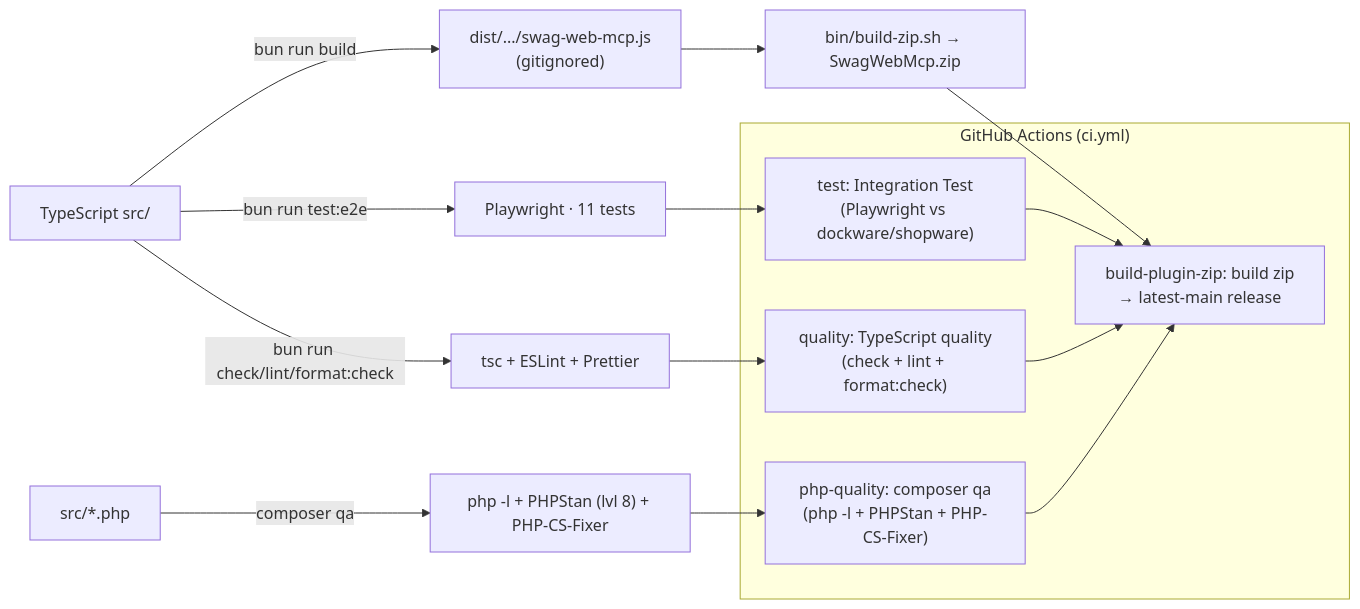
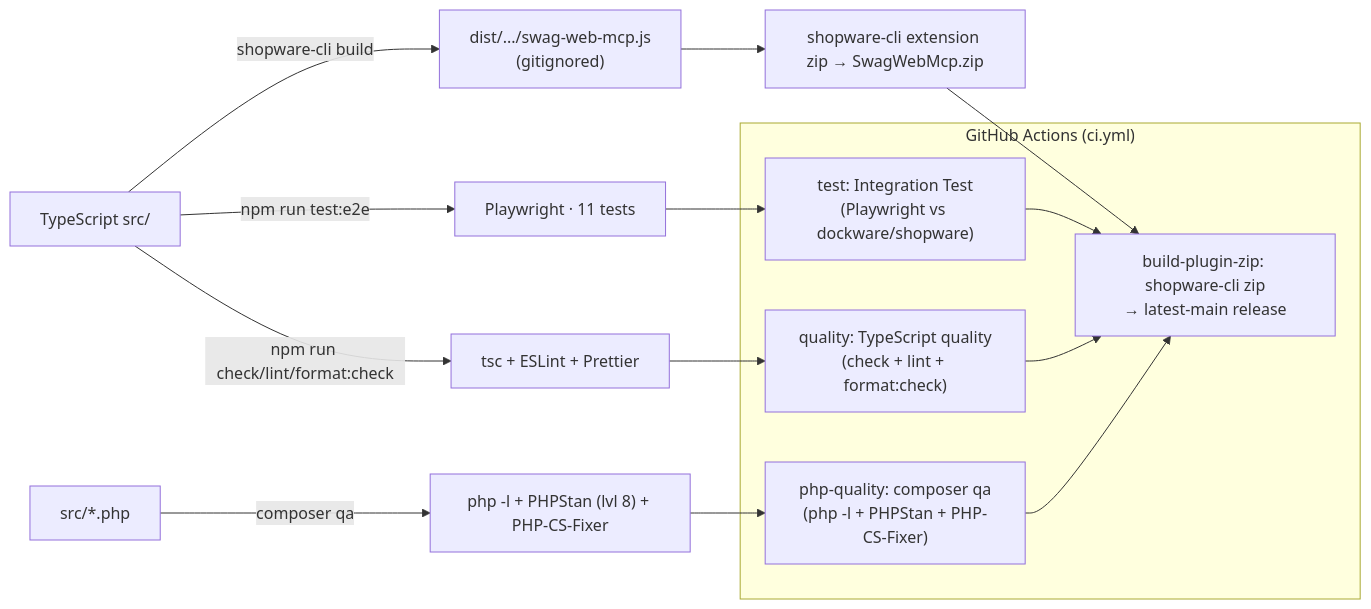
The fifth of 5 diagrams in docs/Architecture.md (agentic-commerce-lab/webmcp-plugin), drawn with Mermaid before and after one commit. The commit also changed other lines of this file and 20 other files, not shown here.

First line of the commit message:
Build & package with shopware-cli + npm; retire the Bun bundler

````diff
--- a/docs/Architecture.md
+++ b/docs/Architecture.md
@@ -261,21 +261,21 @@
 ```mermaid
 graph LR
-    Src["TypeScript src/"] -->|bun run build| Dist["dist/.../swag-web-mcp.js<br/>(gitignored)"]
-    Dist --> Zip["bin/build-zip.sh → SwagWebMcp.zip"]
-    Src -->|bun run check/lint/format:check| TSQA["tsc + ESLint + Prettier"]
-    Src -->|bun run test:e2e| E2E["Playwright · 11 tests"]
+    Src["TypeScript src/"] -->|shopware-cli build| Dist["dist/.../swag-web-mcp.js<br/>(gitignored)"]
+    Dist --> Zip["shopware-cli extension zip → SwagWebMcp.zip"]
+    Src -->|npm run check/lint/format:check| TSQA["tsc + ESLint + Prettier"]
+    Src -->|npm run test:e2e| E2E["Playwright · 11 tests"]
     PHP["src/*.php"] -->|composer qa| Lint["php -l + PHPStan (lvl 8) + PHP-CS-Fixer"]
     subgraph CI["GitHub Actions (ci.yml)"]
         J1["test: Integration Test<br/>(Playwright vs dockware/shopware)"]
         J2["quality: TypeScript quality<br/>(check + lint + format:check)"]
         J3["php-quality: composer qa<br/>(php -l + PHPStan + PHP-CS-Fixer)"]
-        J4["build-plugin-zip: build zip<br/>→ latest-main release"]
+        J4["build-plugin-zip: shopware-cli zip<br/>→ latest-main release"]
     end
     E2E --> J1
     TSQA --> J2
     Lint --> J3
     Zip --> J4
     J1 --> J4
     J2 --> J4
     J3 --> J4
 ```
````
